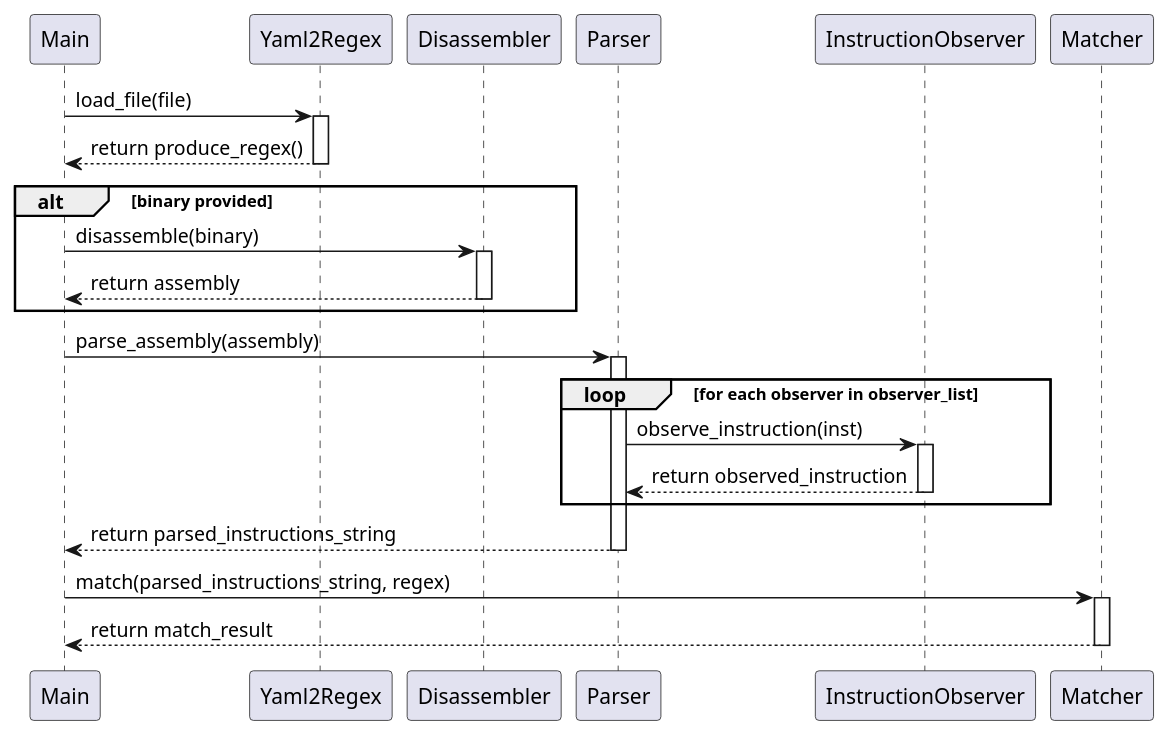
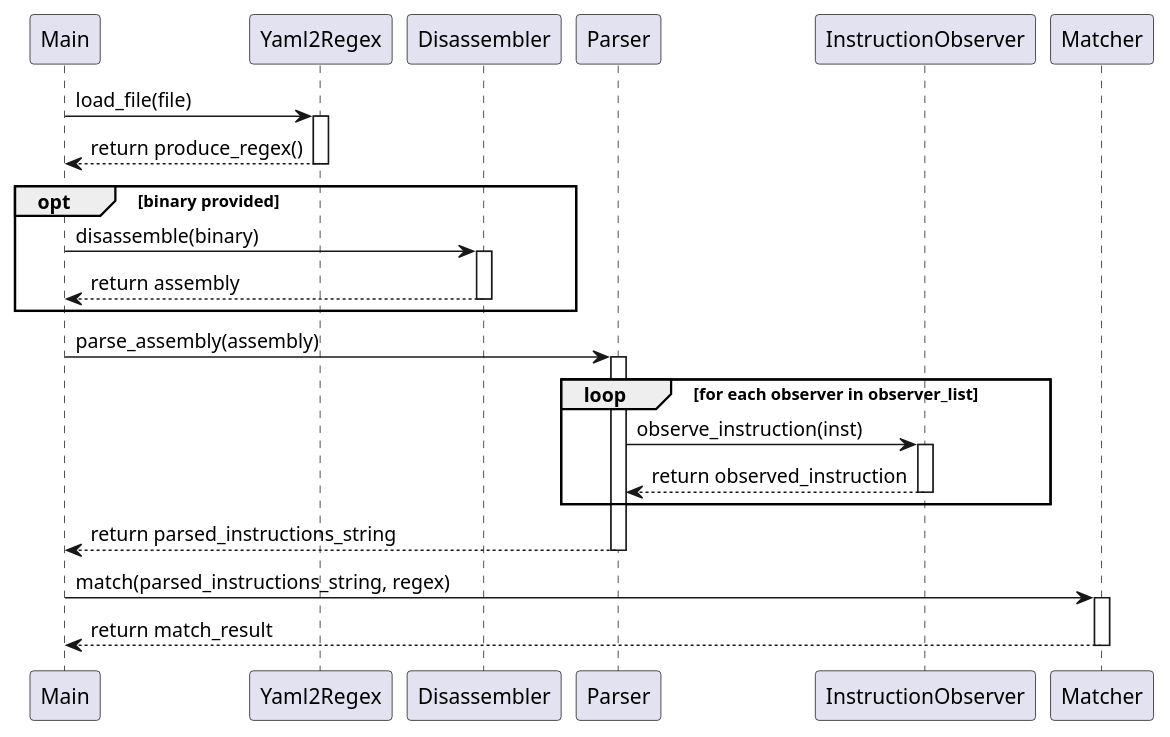
One commit to JukMR/JASM changed the diagram in design/sequence_diagram.puml. Above: the diagram before and after it, drawn with PlantUML. The commit also changed 1 other file, not shown here.

```diff
--- a/design/sequence_diagram.puml
+++ b/design/sequence_diagram.puml
@@ -1,42 +1,42 @@
 @startuml sequence_diagram
 
 participant "Main" as Main
 participant "Yaml2Regex" as Yaml2Regex
 participant "Disassembler" as Disassembler
 participant "Parser" as Parser
 participant "InstructionObserver" as InstructionObserver
 participant "Matcher" as Matcher
 
 Main -> Yaml2Regex: load_file(file)
 activate Yaml2Regex
 
 
 Yaml2Regex --> Main: return produce_regex()
 deactivate Yaml2Regex
 
-alt binary provided
+opt binary provided
     Main -> Disassembler: disassemble(binary)
     activate Disassembler
     Disassembler --> Main: return assembly
     deactivate Disassembler
 end
 
 Main -> Parser: parse_assembly(assembly)
 activate Parser
 
 loop for each observer in observer_list
     Parser -> InstructionObserver: observe_instruction(inst)
     activate InstructionObserver
     InstructionObserver --> Parser: return observed_instruction
     deactivate InstructionObserver
 end
 Parser --> Main: return parsed_instructions_string
 deactivate Parser
 
 Main -> Matcher: match(parsed_instructions_string, regex)
 activate Matcher
 Matcher --> Main: return match_result
 deactivate Matcher
 
 
 @enduml
```
